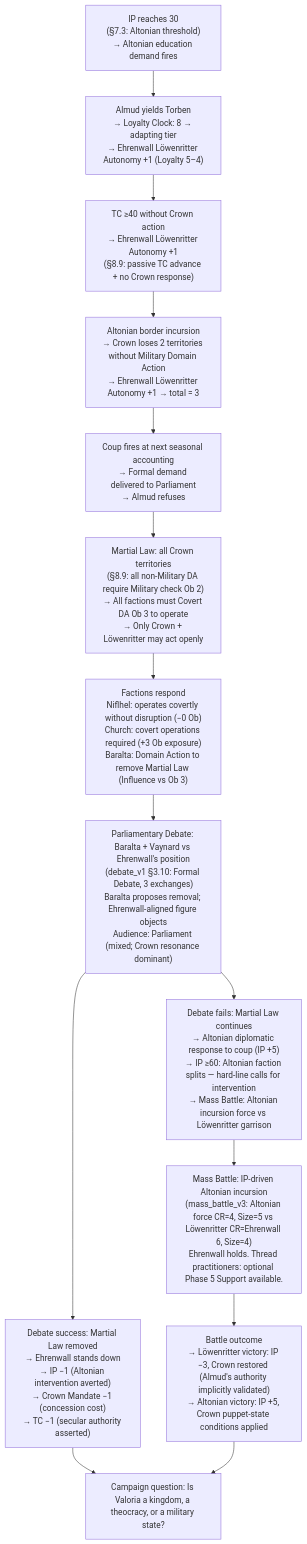
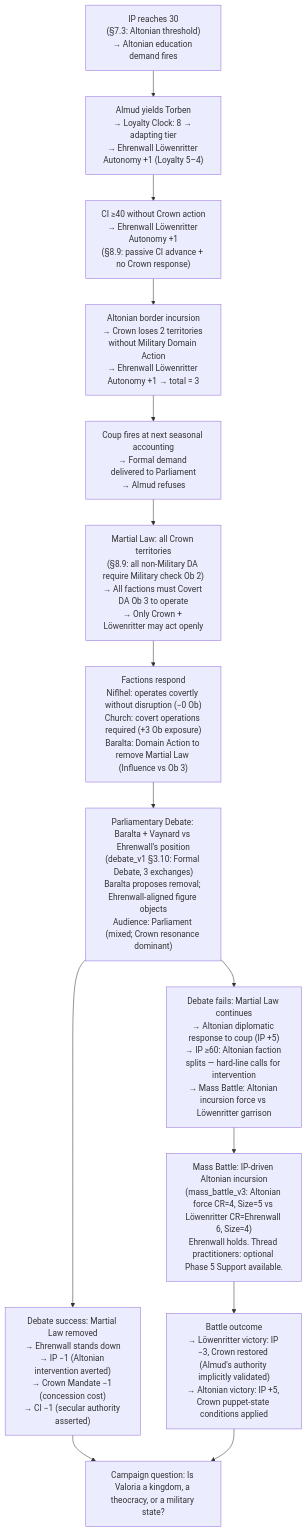
Before and after one commit to jordanelias/ttrpg: the fourth of 5 diagrams in designs/arcs/arcs_31_35.md, drawn with Mermaid. The commit also changed other lines of this file and 59 other files, not shown here.

````diff
--- a/designs/arcs/arcs_31_35.md
+++ b/designs/arcs/arcs_31_35.md
@@ -262,30 +262,30 @@
 ```mermaid
 flowchart TD
     A["IP reaches 30\n(§7.3: Altonian threshold)\n→ Altonian education demand fires"]
     B["Almud yields Torben\n→ Loyalty Clock: 8 → adapting tier\n→ Ehrenwall Löwenritter Autonomy +1 (Loyalty 5–4)"]
-    C["TC ≥40 without Crown action\n→ Ehrenwall Löwenritter Autonomy +1\n(§8.9: passive TC advance + no Crown response)"]
+    C["CI ≥40 without Crown action\n→ Ehrenwall Löwenritter Autonomy +1\n(§8.9: passive CI advance + no Crown response)"]
     D["Altonian border incursion\n→ Crown loses 2 territories without Military Domain Action\n→ Ehrenwall Löwenritter Autonomy +1 → total = 3"]
     E["Coup fires at next seasonal accounting\n→ Formal demand delivered to Parliament\n→ Almud refuses"]
     F["Martial Law: all Crown territories\n(§8.9: all non-Military DA require Military check Ob 2)\n→ All factions must Covert DA Ob 3 to operate\n→ Only Crown + Löwenritter may act openly"]
     G["Factions respond\nNiflhel: operates covertly without disruption (−0 Ob)\nChurch: covert operations required (+3 Ob exposure)\nBaralta: Domain Action to remove Martial Law (Influence vs Ob 3)"]
     H["Parliamentary Debate: Baralta + Vaynard vs Ehrenwall's position\n(debate_v1 §3.10: Formal Debate, 3 exchanges)\nBaralta proposes removal; Ehrenwall-aligned figure objects\nAudience: Parliament (mixed; Crown resonance dominant)"]
-    I1["Debate success: Martial Law removed\n→ Ehrenwall stands down\n→ IP −1 (Altonian intervention averted)\n→ Crown Mandate −1 (concession cost)\n→ TC −1 (secular authority asserted)"]
+    I1["Debate success: Martial Law removed\n→ Ehrenwall stands down\n→ IP −1 (Altonian intervention averted)\n→ Crown Mandate −1 (concession cost)\n→ CI −1 (secular authority asserted)"]
     I2["Debate fails: Martial Law continues\n→ Altonian diplomatic response to coup (IP +5)\n→ IP ≥60: Altonian faction splits — hard-line calls for intervention\n→ Mass Battle: Altonian incursion force vs Löwenritter garrison"]
     J["Mass Battle: IP-driven Altonian incursion\n(mass_battle_v3: Altonian force CR=4, Size=5 vs Löwenritter CR=Ehrenwall 6, Size=4)\nEhrenwall holds. Thread practitioners: optional Phase 5 Support available."]
     K["Battle outcome\n→ Löwenritter victory: IP −3, Crown restored (Almud's authority implicitly validated)\n→ Altonian victory: IP +5, Crown puppet-state conditions applied"]
     L["Campaign question: Is Valoria a kingdom, a theocracy, or a military state?"]
 
     A --> B
     B --> C
     C --> D
     D --> E
     E --> F
     F --> G
     G --> H
     H --> I1
     H --> I2
     I1 --> L
     I2 --> J
     J --> K
     K --> L
 ```
````
